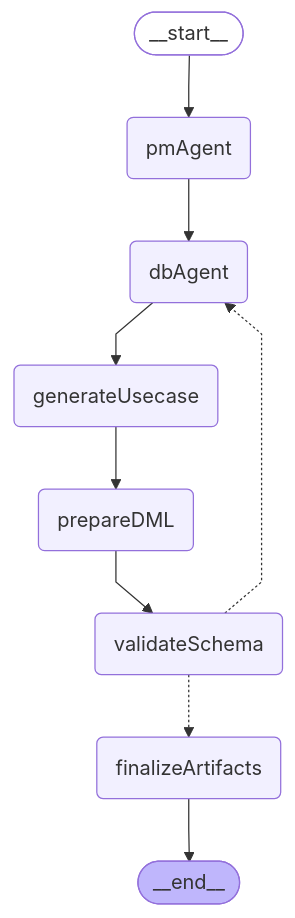
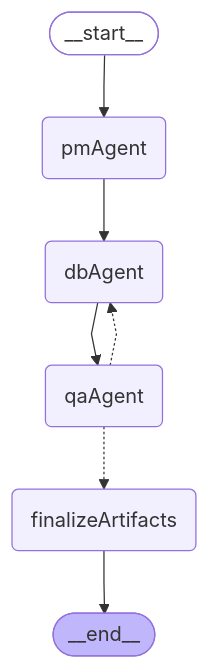
Before and after one commit to yzkee/liam: the first of 3 diagrams in frontend/internal-packages/agent/src/chat/workflow/README.md, drawn with Mermaid. The commit also changed other lines of this file and 1 other file, not shown here.

Commit message:
fix(agent): update test expectations and documentation for qaAgent subgraph integration
- Update expectedMermaidDiagram in createGraph.test.ts to reflect qaAgent subgraph
- Update README.md workflow diagram to show qaAgent instead of individual QA nodes
- Update node descriptions and routing logic documentation

````diff
--- a/frontend/internal-packages/agent/src/chat/workflow/README.md
+++ b/frontend/internal-packages/agent/src/chat/workflow/README.md
@@ -7,23 +7,19 @@
 ```mermaid
 %%{init: {'flowchart': {'curve': 'linear'}}}%%
 graph TD;
 	__start__([<p>__start__</p>]):::first
 	pmAgent(pmAgent)
 	dbAgent(dbAgent)
-	generateUsecase(generateUsecase)
-	prepareDML(prepareDML)
-	validateSchema(validateSchema)
+	qaAgent(qaAgent)
 	finalizeArtifacts(finalizeArtifacts)
 	__end__([<p>__end__</p>]):::last
 	__start__ --> pmAgent;
-	dbAgent --> generateUsecase;
+	dbAgent --> qaAgent;
 	finalizeArtifacts --> __end__;
-	generateUsecase --> prepareDML;
 	pmAgent --> dbAgent;
-	prepareDML --> validateSchema;
-	validateSchema -.-> dbAgent;
-	validateSchema -.-> finalizeArtifacts;
+	qaAgent -.-> dbAgent;
+	qaAgent -.-> finalizeArtifacts;
 	classDef default fill:#f2f0ff,line-height:1.2;
 	classDef first fill-opacity:0;
 	classDef last fill:#bfb6fc;
 ```
````
